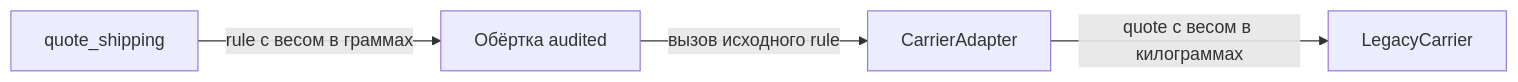
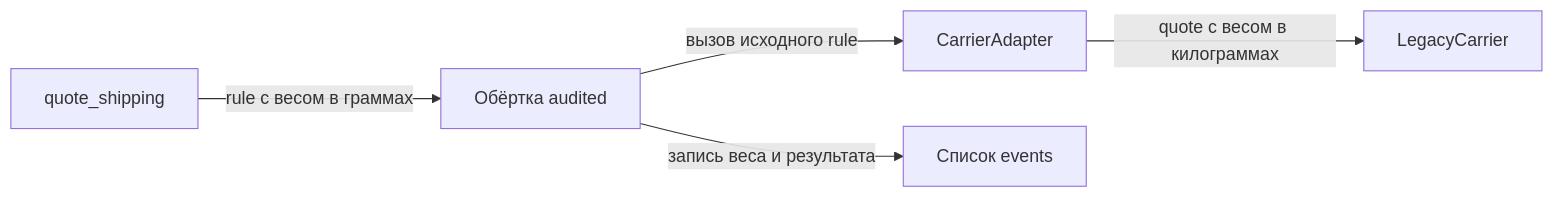
The first of 2 diagrams in architecture/patterns/design-patterns.md (IAMN1/devrefsnap), drawn with Mermaid before and after one commit. The commit also changed other lines of this file and 11 other files, not shown here.

First line of the commit message:
docs: make architecture cheat sheets visual and task oriented

````diff
--- a/architecture/patterns/design-patterns.md
+++ b/architecture/patterns/design-patterns.md
@@ -135,6 +191,7 @@
 ```mermaid
 flowchart LR
     Q[quote_shipping] -->|rule с весом в граммах| D[Обёртка audited]
     D -->|вызов исходного rule| A[CarrierAdapter]
     A -->|quote с весом в килограммах| L[LegacyCarrier]
+    D -->|запись веса и результата| E[Список events]
 ```
````
